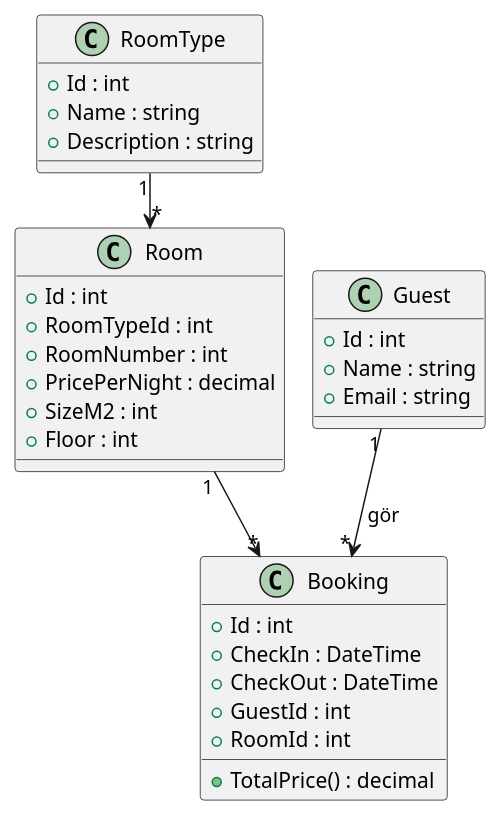
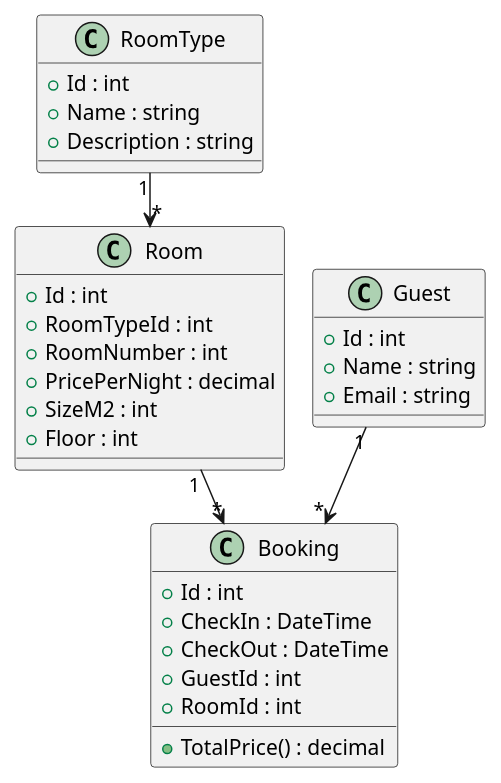
Before and after one commit to davidbillfeldt-bot/clo26-David_B-hotel-grandioso: the diagram in docs/hotel.puml, drawn with PlantUML. The commit also changed 2 other files, not shown here.

Commit message:
Färdigställde README med UML-bild, designmönster, reflektion och vad som inte är klart

```diff
--- a/docs/hotel.puml
+++ b/docs/hotel.puml
@@ -1,34 +1,34 @@
 @startuml
 !pragma layout smetana
 
 class RoomType {
 +Id : int
     +Name : string
     +Description : string
 }
 class Room {
 +Id : int
     +RoomTypeId : int
     +RoomNumber : int
     +PricePerNight : decimal
     +SizeM2 : int
     +Floor : int
     
 }
 class Booking {
 +Id : int
     +CheckIn : DateTime
     +CheckOut : DateTime
     +TotalPrice() : decimal
     +GuestId : int
     +RoomId : int
 }
 class Guest {
 +Id : int
     +Name : string
     +Email : string
 }
-Guest "1" --> "*" Booking : gör
+Guest "1" --> "*" Booking 
 Room "1" --> "*" Booking
 RoomType "1" --> "*" Room
 @enduml
```
